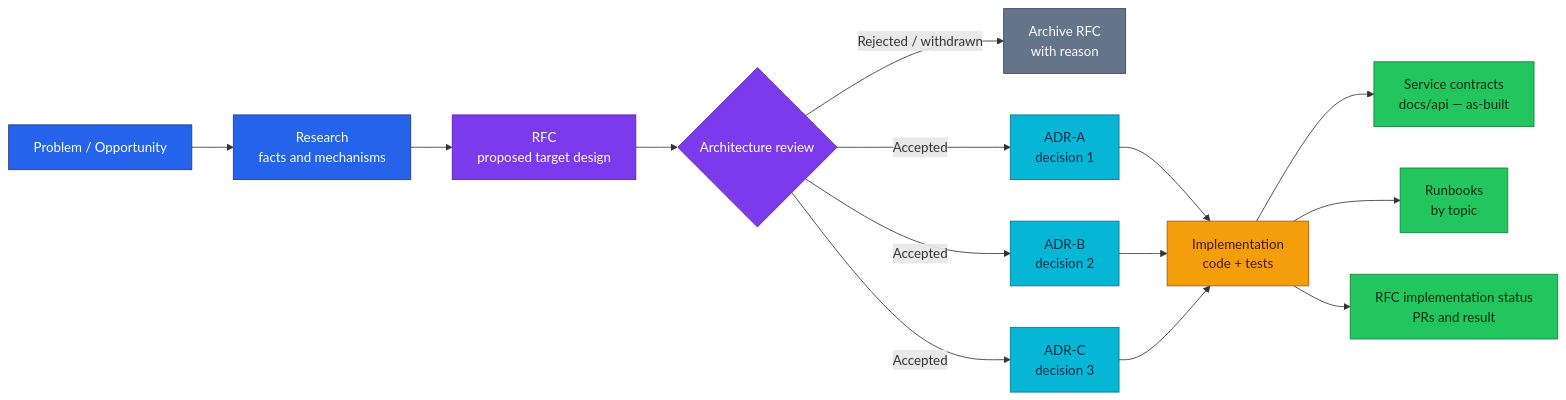
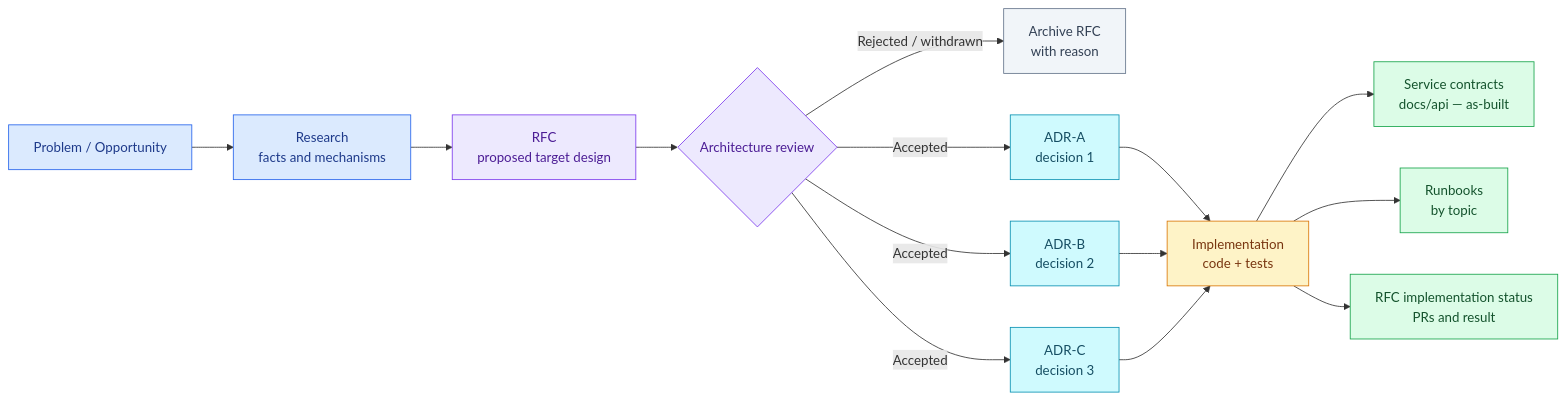
One commit to duynhlab/homelab changed the diagram in docs/proposals/README.md. Above: the diagram before and after it, drawn with Mermaid. The commit also changed 174 other files, not shown here.

First line of the commit message:
Soft-tint diagram palette, a signal-flow diagram, a Linux-ready Draw.io skill

````diff
--- a/docs/proposals/README.md
+++ b/docs/proposals/README.md
@@ -15,33 +15,33 @@
 ```mermaid
 flowchart LR
     Problem["Problem / Opportunity"] --> Research["Research<br/>facts and mechanisms"]
     Research --> RFC["RFC<br/>proposed target design"]
     RFC --> Review{"Architecture review"}
 
     Review -->|"Rejected / withdrawn"| Archive["Archive RFC<br/>with reason"]
     Review -->|"Accepted"| ADR1["ADR-A<br/>decision 1"]
     Review -->|"Accepted"| ADR2["ADR-B<br/>decision 2"]
     Review -->|"Accepted"| ADR3["ADR-C<br/>decision 3"]
 
     ADR1 --> Implementation["Implementation<br/>code + tests"]
     ADR2 --> Implementation
     ADR3 --> Implementation
 
     Implementation --> Contracts["Service contracts<br/>docs/api — as-built"]
     Implementation --> Runbooks["Runbooks<br/>by topic"]
     Implementation --> History["RFC implementation status<br/>PRs and result"]
 
-    classDef edge fill:#2563eb,color:#fff,stroke:#1e3a8a;
-    classDef service fill:#06b6d4,color:#082f49,stroke:#0e7490;
-    classDef worker fill:#f59e0b,color:#451a03,stroke:#b45309;
-    classDef platform fill:#7c3aed,color:#fff,stroke:#5b21b6;
-    classDef data fill:#22c55e,color:#052e16,stroke:#15803d;
-    classDef external fill:#64748b,color:#fff,stroke:#334155;
+    classDef edge fill:#dbeafe,color:#1e3a8a,stroke:#2563eb;
+    classDef service fill:#cffafe,color:#164e63,stroke:#0891b2;
+    classDef worker fill:#fef3c7,color:#78350f,stroke:#d97706;
+    classDef platform fill:#ede9fe,color:#4c1d95,stroke:#7c3aed;
+    classDef data fill:#dcfce7,color:#14532d,stroke:#16a34a;
+    classDef external fill:#f1f5f9,color:#334155,stroke:#64748b;
 
     class Problem,Research edge;
     class RFC,Review platform;
     class ADR1,ADR2,ADR3 service;
     class Implementation worker;
     class Contracts,Runbooks,History data;
     class Archive external;
 ```
````
